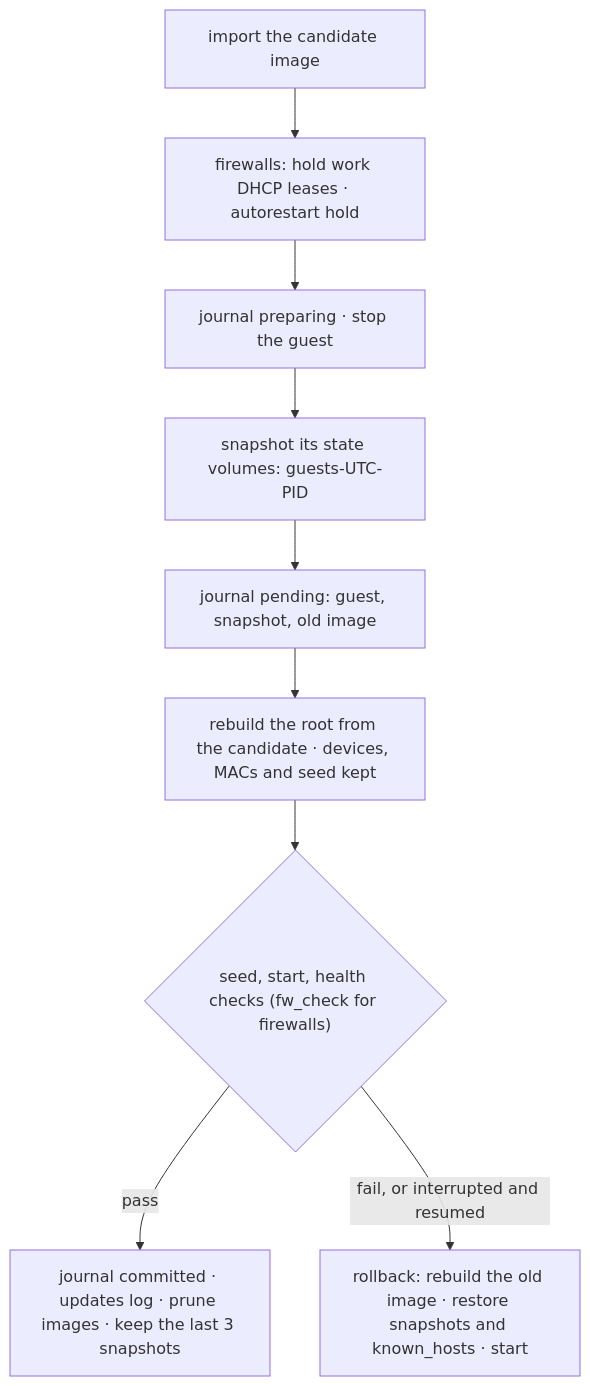
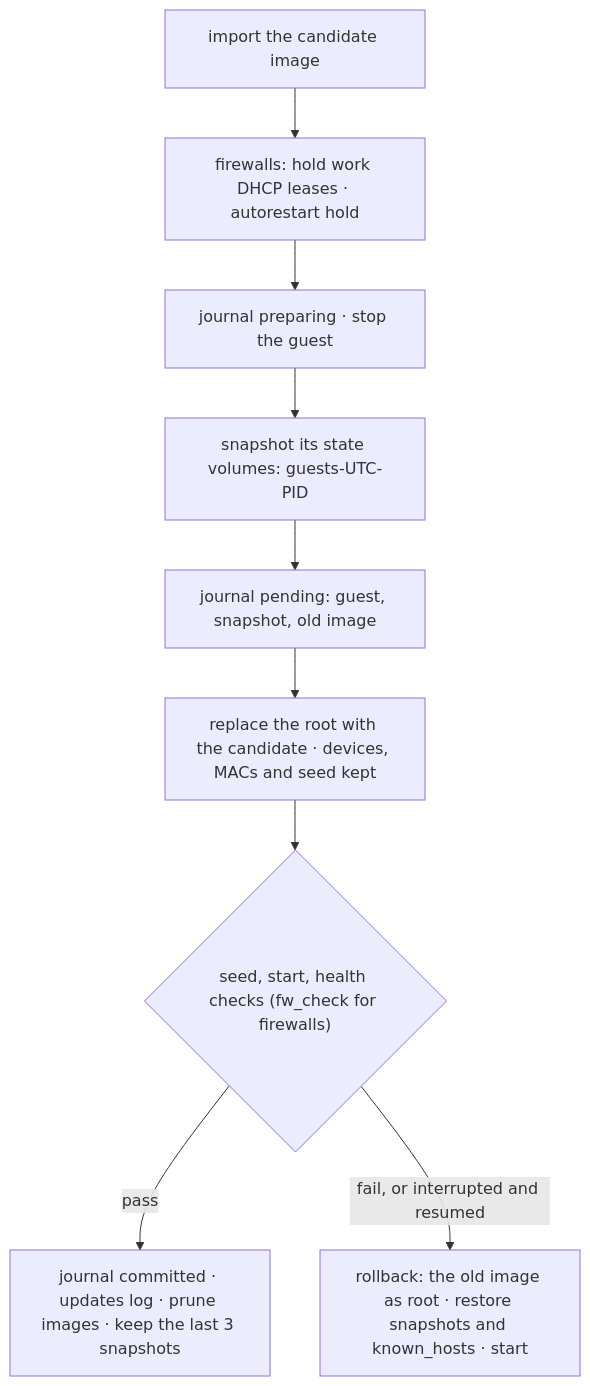
The fifth of 7 diagrams in ARCHITECTURE.md (svkadmin/convergent), drawn with Mermaid before and after one commit. The commit also changed other lines of this file and 6 other files, not shown here.

````diff
--- a/ARCHITECTURE.md
+++ b/ARCHITECTURE.md
@@ -575,11 +580,11 @@
 ```mermaid
 flowchart TD
   I["import the candidate image"] --> H["firewalls: hold work DHCP leases · autorestart hold"]
   H --> P["journal preparing · stop the guest"]
   P --> S["snapshot its state volumes: guests-UTC-PID"]
   S --> J["journal pending: guest, snapshot, old image"]
-  J --> R["rebuild the root from the candidate · devices, MACs and seed kept"]
+  J --> R["replace the root with the candidate · devices, MACs and seed kept"]
   R --> C{"seed, start, health checks (fw_check for firewalls)"}
   C -- pass --> K["journal committed · updates log · prune images · keep the last 3 snapshots"]
-  C -- "fail, or interrupted and resumed" --> B["rollback: rebuild the old image · restore snapshots and known_hosts · start"]
+  C -- "fail, or interrupted and resumed" --> B["rollback: the old image as root · restore snapshots and known_hosts · start"]
 ```
````
